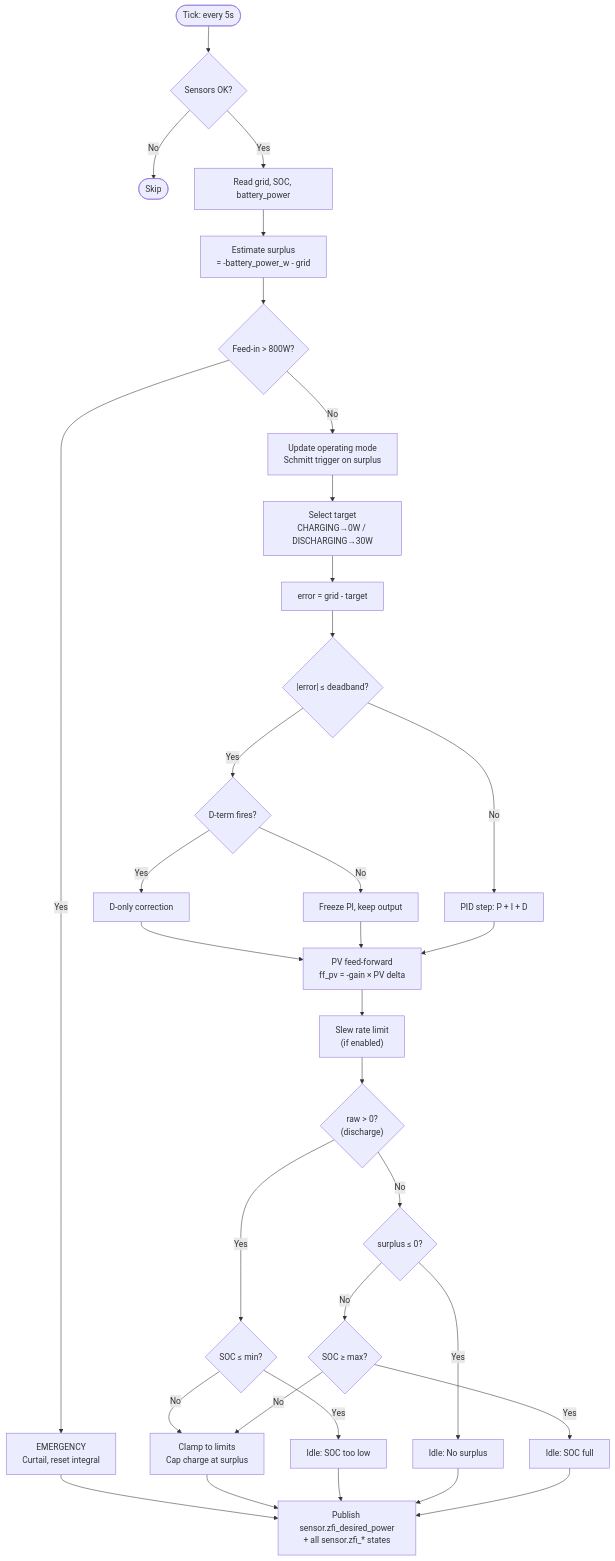
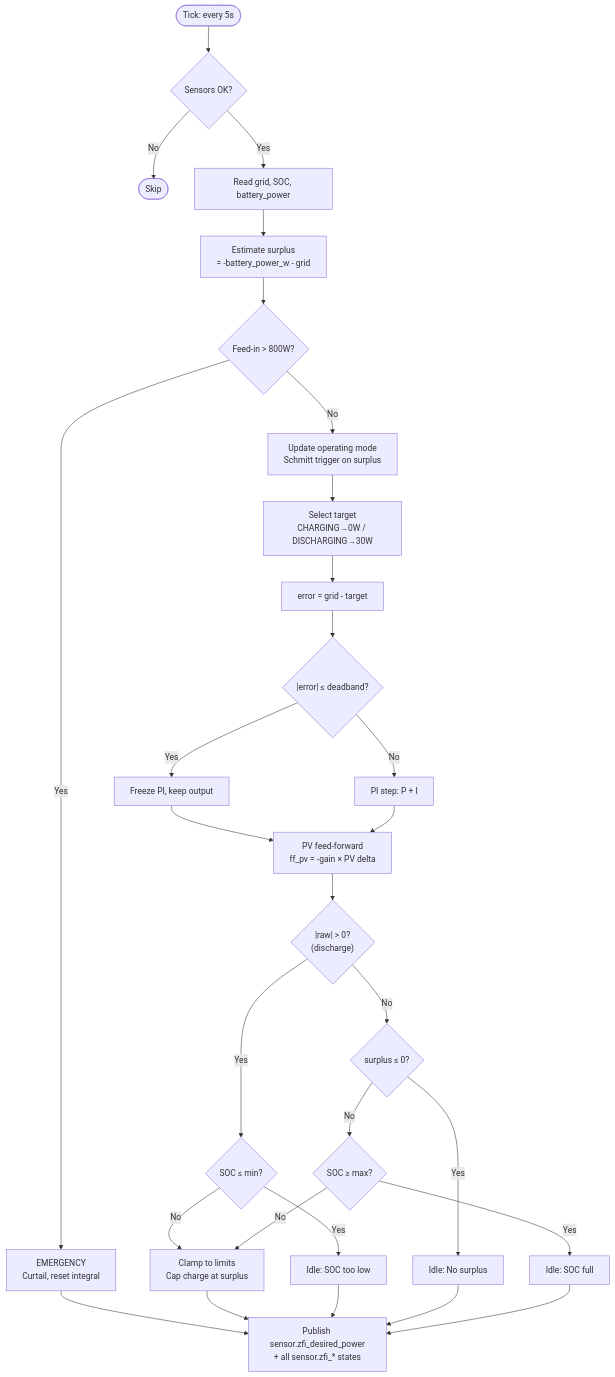
One commit to steffenruehl/ha-zero-feed-in changed the first of 3 diagrams in docs/zero_feed_in_docs.md. Above: the diagram before and after it, drawn with Mermaid. The commit also changed other lines of this file and 6 other files, not shown here.

First line of the commit message:
Remove D-term and slew rate limiter

````diff
--- a/docs/zero_feed_in_docs.md
+++ b/docs/zero_feed_in_docs.md
@@ -285,48 +273,43 @@
 ```mermaid
 flowchart TD
     A([Tick: every 5s]) --> B{Sensors OK?}
     B -- No --> Z([Skip])
     B -- Yes --> C[Read grid, SOC, battery_power]
 
     C --> D["Estimate surplus<br>= -battery_power_w - grid"]
 
     D --> E{Feed-in > 800W?}
     E -- Yes --> F["EMERGENCY<br>Curtail, reset integral"]
     F --> PUB
 
     E -- No --> G[Update operating mode<br>Schmitt trigger on surplus]
     G --> H[Select target<br>CHARGING→0W / DISCHARGING→30W]
     H --> I["error = grid - target"]
 
     I --> J{"|error| ≤ deadband?"}
-    J -- Yes --> K{"D-term fires?"}
-    K -- Yes --> K2["D-only correction"]
-    K -- No --> K3["Freeze PI, keep output"]
-    J -- No --> L["PID step: P + I + D"]
+    J -- Yes --> K3["Freeze PI, keep output"]
+    J -- No --> L["PI step: P + I"]
 
-    K2 --> FF
     K3 --> FF
     L --> FF["PV feed-forward<br>ff_pv = -gain × PV delta"]
 
-    FF --> SL["Slew rate limit<br>(if enabled)"]
-
-    SL --> N{"raw > 0?<br>(discharge)"}
+    FF --> N{"|raw| > 0?<br>(discharge)"}
     N -- Yes --> O{SOC ≤ min?}
     O -- Yes --> P["Idle: SOC too low"]
     O -- No --> CL
 
     N -- No --> R{surplus ≤ 0?}
     R -- Yes --> S["Idle: No surplus"]
     R -- No --> T{SOC ≥ max?}
     T -- Yes --> U["Idle: SOC full"]
     T -- No --> CL
 
     CL["Clamp to limits<br>Cap charge at surplus"]
 
     CL --> PUB
     P --> PUB
     S --> PUB
     U --> PUB
 
     PUB["Publish sensor.zfi_desired_power<br>+ all sensor.zfi_* states"]
 ```
````
